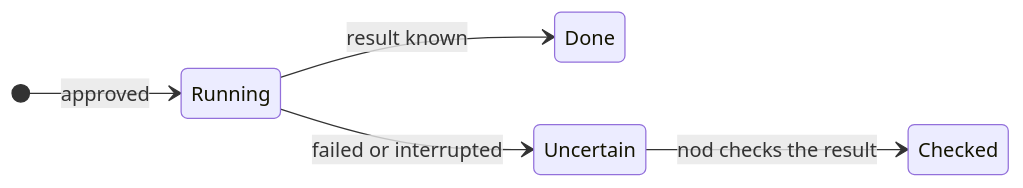
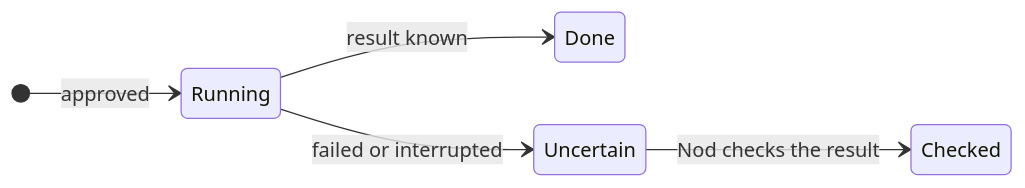
One commit to KrishBhimani/nod changed the diagram in docs/src/content/docs/deploy/troubleshooting.md. Above: the diagram before and after it, drawn with Mermaid. The commit also changed other lines of this file and 275 other files, not shown here.

````diff
--- a/docs/src/content/docs/deploy/troubleshooting.md
+++ b/docs/src/content/docs/deploy/troubleshooting.md
@@ -114,8 +114,8 @@
 ```mermaid
 stateDiagram-v2
   direction LR
   [*] --> Running: approved
   Running --> Done: result known
   Running --> Uncertain: failed or interrupted
-  Uncertain --> Checked: nod checks the result
+  Uncertain --> Checked: Nod checks the result
 ```
````
